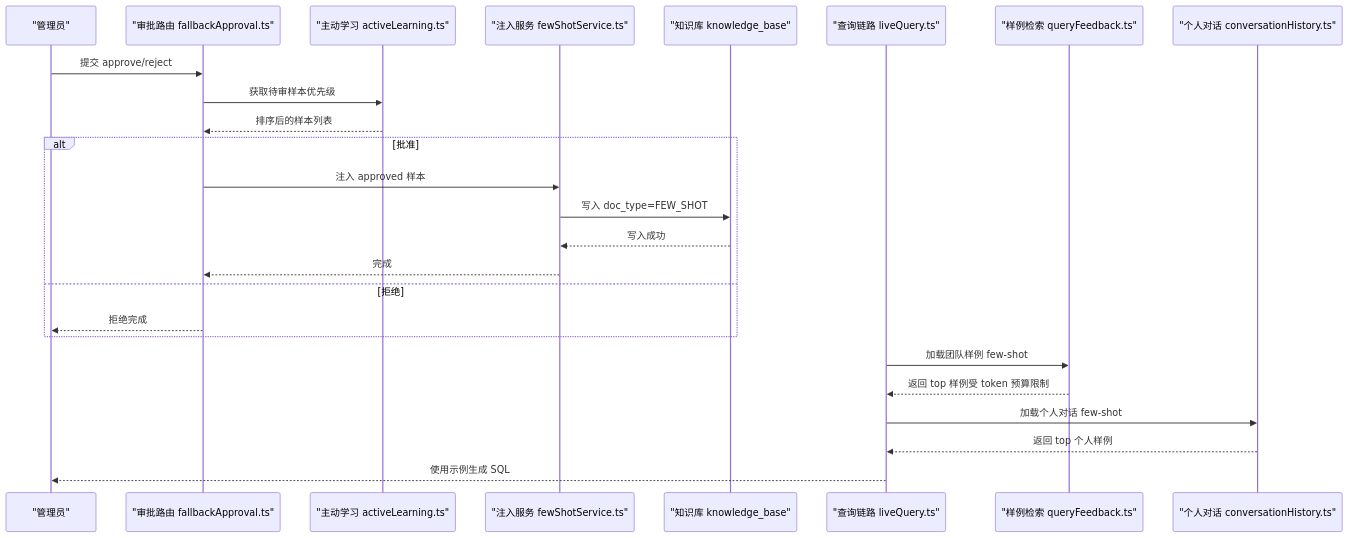
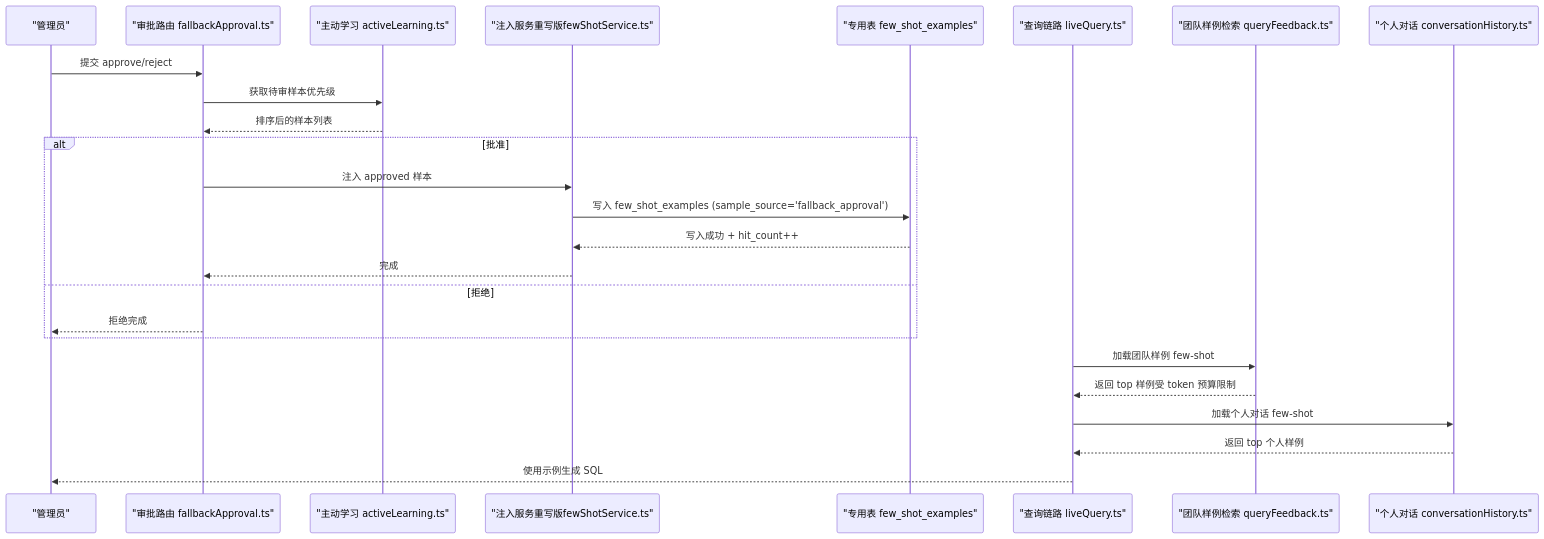
One commit to dgjin/smart-data-analytics changed the second of 7 diagrams in .qoder/repowiki/zh/content/知识库系统/少样本注入服务.md. Above: the diagram before and after it, drawn with Mermaid. The commit also changed other lines of this file and 100 other files, not shown here.

````diff
--- a/.qoder/repowiki/zh/content/知识库系统/少样本注入服务.md
+++ b/.qoder/repowiki/zh/content/知识库系统/少样本注入服务.md
@@ -109,27 +120,27 @@
 ```mermaid
 sequenceDiagram
 participant Admin as "管理员"
 participant Route as "审批路由 fallbackApproval.ts"
 participant AL as "主动学习 activeLearning.ts"
-participant FS as "注入服务 fewShotService.ts"
-participant KB as "知识库 knowledge_base"
+participant FS as "注入服务重写版fewShotService.ts"
+participant FSE as "专用表 few_shot_examples"
 participant Q as "查询链路 liveQuery.ts"
-participant RF as "样例检索 queryFeedback.ts"
+participant RF as "团队样例检索 queryFeedback.ts"
 participant CH as "个人对话 conversationHistory.ts"
 Admin->>Route : 提交 approve/reject
 Route->>AL : 获取待审样本优先级
 AL-->>Route : 排序后的样本列表
 alt 批准
 Route->>FS : 注入 approved 样本
-FS->>KB : 写入 doc_type=FEW_SHOT
-KB-->>FS : 写入成功
+FS->>FSE : 写入 few_shot_examples (sample_source='fallback_approval')
+FSE-->>FS : 写入成功 + hit_count++
 FS-->>Route : 完成
 else 拒绝
 Route-->>Admin : 拒绝完成
 end
 Q->>RF : 加载团队样例 few-shot
 RF-->>Q : 返回 top 样例受 token 预算限制
 Q->>CH : 加载个人对话 few-shot
 CH-->>Q : 返回 top 个人样例
 Q-->>Admin : 使用示例生成 SQL
 ```
````
